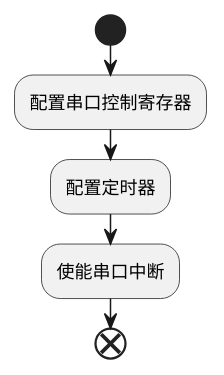
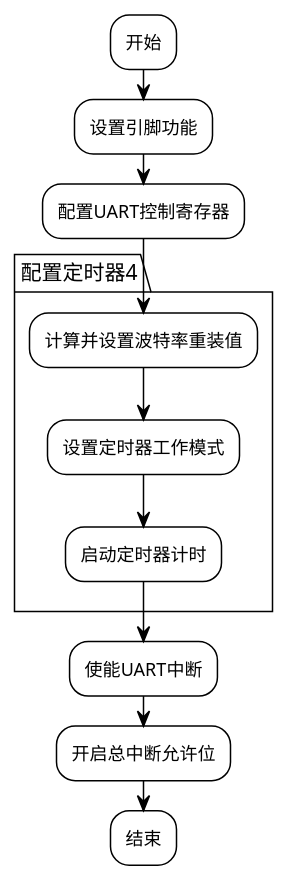
The diagram in uml/uart.puml (PolarisZg/51SCM_Mqtt_GraduationProject), drawn with PlantUML before and after one commit. The commit also changed 55 other files, not shown here.

```diff
--- a/uml/uart.puml
+++ b/uml/uart.puml
@@ -1,7 +1,16 @@
 @startuml
-start
-:配置串口控制寄存器;
-:配置定时器;
-:使能串口中断;
-end
+!theme plain
+:开始;
+:设置引脚功能;
+:配置UART控制寄存器;
+
+package 配置定时器4 {
+:计算并设置波特率重装值;
+:设置定时器工作模式;
+:启动定时器计时;
+}
+
+:使能UART中断;
+:开启总中断允许位;
+:结束;
 @enduml 
```
